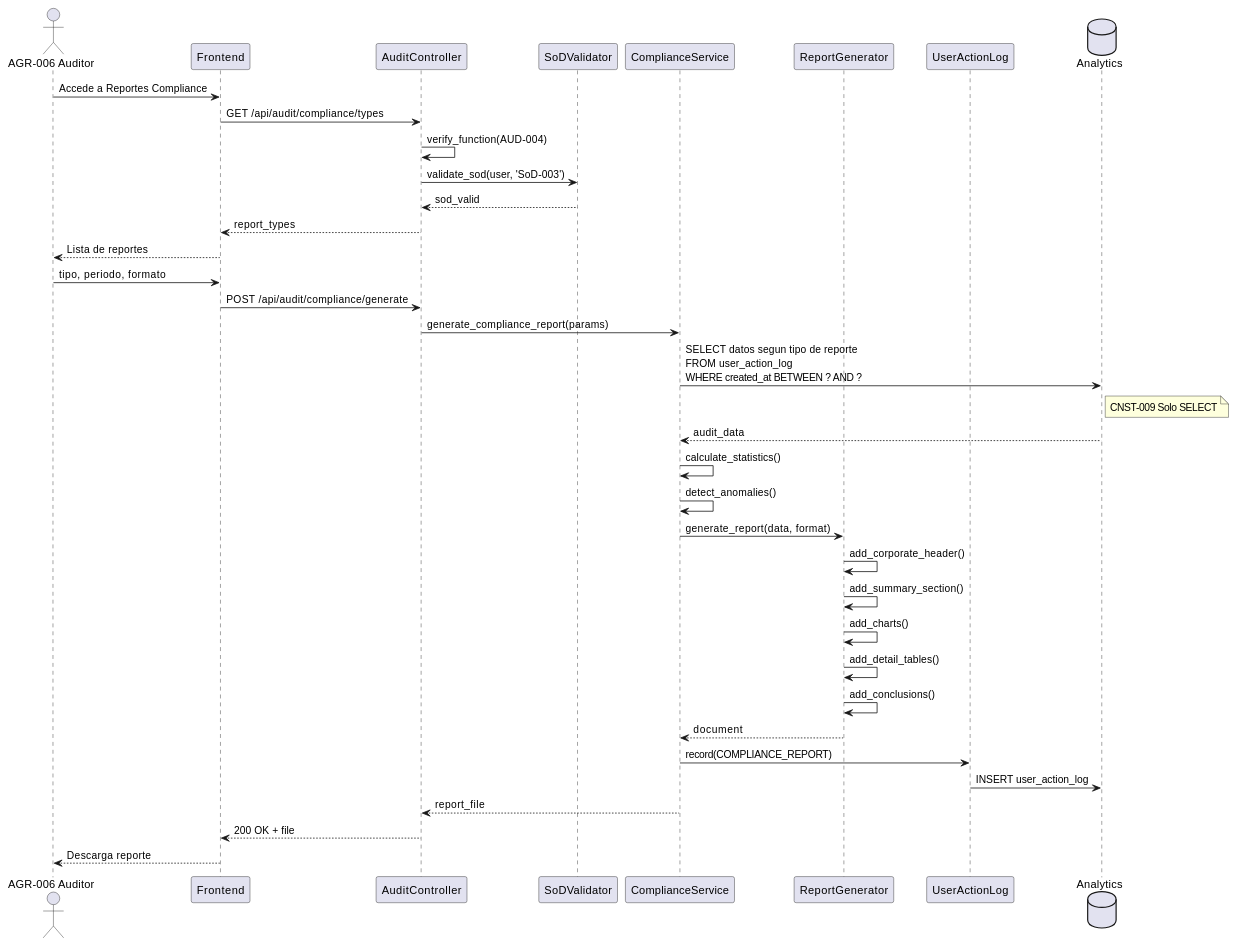
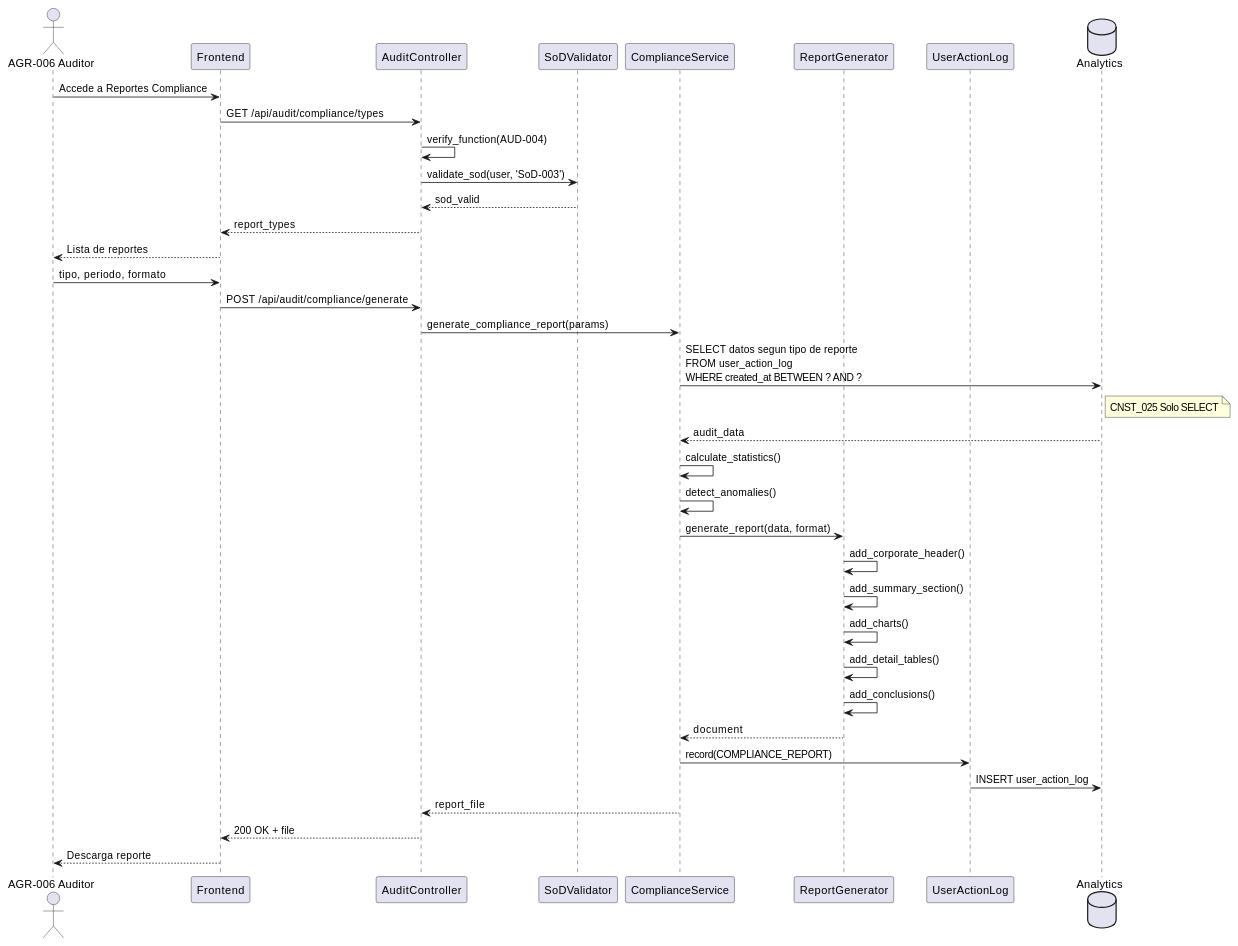
The second of 3 diagrams in source/requisitos/casos_uso/audit/UC_AUD_04_Generar_Reporte_Compliance.rst (jcg-admin/IACT-docs), drawn with PlantUML before and after one commit. The commit also changed other lines of this file and 67 other files, not shown here.

```diff
--- a/source/requisitos/casos_uso/audit/UC_AUD_04_Generar_Reporte_Compliance.rst
+++ b/source/requisitos/casos_uso/audit/UC_AUD_04_Generar_Reporte_Compliance.rst
@@ -175,48 +175,48 @@
 .. uml::
    :caption: Diagrama de Secuencia - UC_AUD_04
 
    @startuml
    actor "AGR-006 Auditor" as A
    participant "Frontend" as FE
    participant "AuditController" as AC
    participant "SoDValidator" as SOD
    participant "ComplianceService" as CS
    participant "ReportGenerator" as RG
    participant "UserActionLog" as UAL
    database "Analytics" as DB
 
    A -> FE: Accede a Reportes Compliance
    FE -> AC: GET /api/audit/compliance/types
    AC -> AC: verify_function(AUD-004)
    AC -> SOD: validate_sod(user, 'SoD-003')
    SOD --> AC: sod_valid
    AC --> FE: report_types
    FE --> A: Lista de reportes
 
    A -> FE: tipo, periodo, formato
    FE -> AC: POST /api/audit/compliance/generate
 
    AC -> CS: generate_compliance_report(params)
 
    CS -> DB: SELECT datos segun tipo de reporte\nFROM user_action_log\nWHERE created_at BETWEEN ? AND ?
-   note right of DB: CNST-009 Solo SELECT
+   note right of DB: CNST_025 Solo SELECT
    DB --> CS: audit_data
 
    CS -> CS: calculate_statistics()
    CS -> CS: detect_anomalies()
 
    CS -> RG: generate_report(data, format)
    RG -> RG: add_corporate_header()
    RG -> RG: add_summary_section()
    RG -> RG: add_charts()
    RG -> RG: add_detail_tables()
    RG -> RG: add_conclusions()
    RG --> CS: document
 
    CS -> UAL: record(COMPLIANCE_REPORT)
    UAL -> DB: INSERT user_action_log
 
    CS --> AC: report_file
    AC --> FE: 200 OK + file
    FE --> A: Descarga reporte
    @enduml
```
